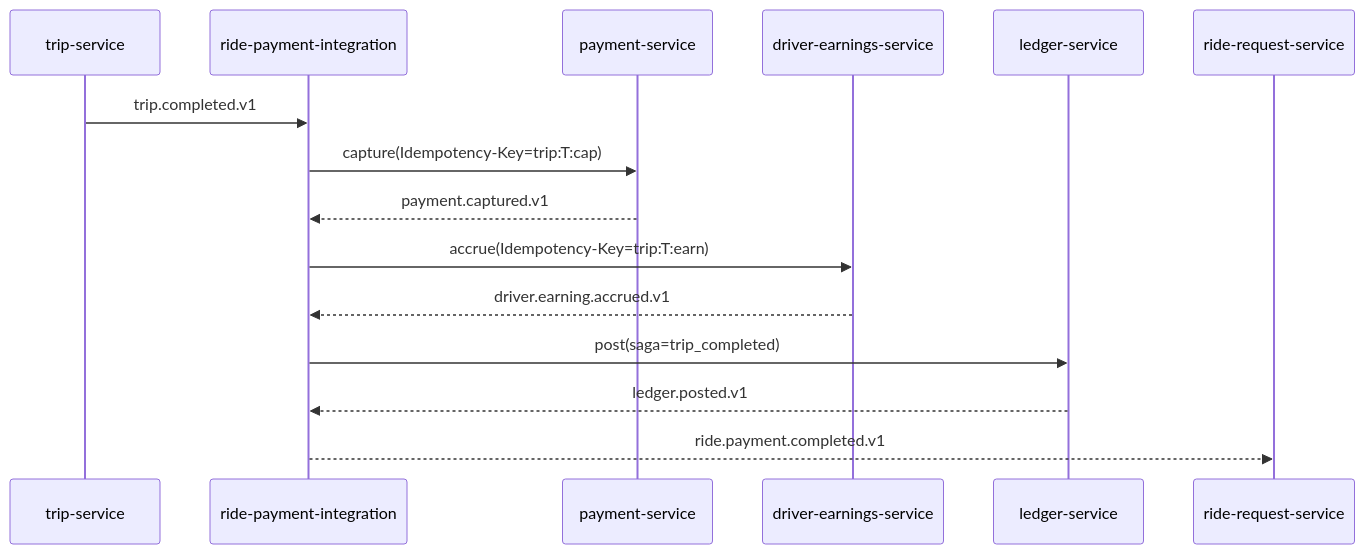
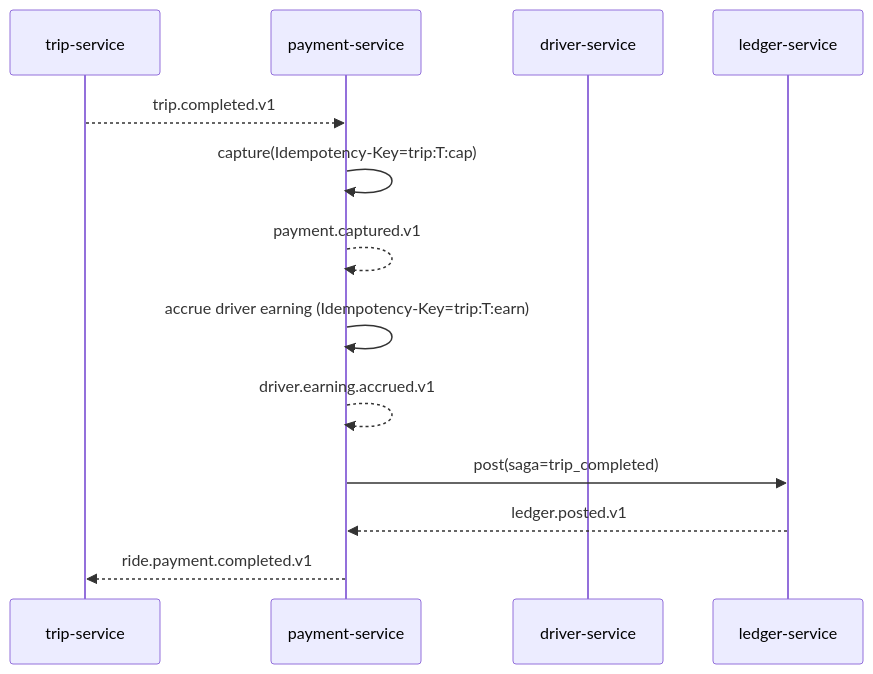
One commit to mohamedhabibwork/trips-enjoy-docs changed the seventh of 14 diagrams in docs/workflows/RIDE_WORKFLOWS.md. Above: the diagram before and after it, drawn with Mermaid. The commit also changed other lines of this file and 525 other files, not shown here.

````diff
--- a/docs/workflows/RIDE_WORKFLOWS.md
+++ b/docs/workflows/RIDE_WORKFLOWS.md
@@ -171,18 +166,16 @@
 ```mermaid
 sequenceDiagram
     participant TR as trip-service
-    participant OR as ride-payment-integration
     participant PAY as payment-service
-    participant DE as driver-earnings-service
+    participant DRV as driver-service
     participant LD as ledger-service
-    participant RR as ride-request-service
 
-    TR->>OR: trip.completed.v1
-    OR->>PAY: capture(Idempotency-Key=trip:T:cap)
-    PAY-->>OR: payment.captured.v1
-    OR->>DE: accrue(Idempotency-Key=trip:T:earn)
-    DE-->>OR: driver.earning.accrued.v1
-    OR->>LD: post(saga=trip_completed)
-    LD-->>OR: ledger.posted.v1
-    OR-->>RR: ride.payment.completed.v1
+    TR-->>PAY: trip.completed.v1
+    PAY->>PAY: capture(Idempotency-Key=trip:T:cap)
+    PAY-->>PAY: payment.captured.v1
+    PAY->>PAY: accrue driver earning (Idempotency-Key=trip:T:earn)
+    PAY-->>PAY: driver.earning.accrued.v1
+    PAY->>LD: post(saga=trip_completed)
+    LD-->>PAY: ledger.posted.v1
+    PAY-->>TR: ride.payment.completed.v1
 ```
````
